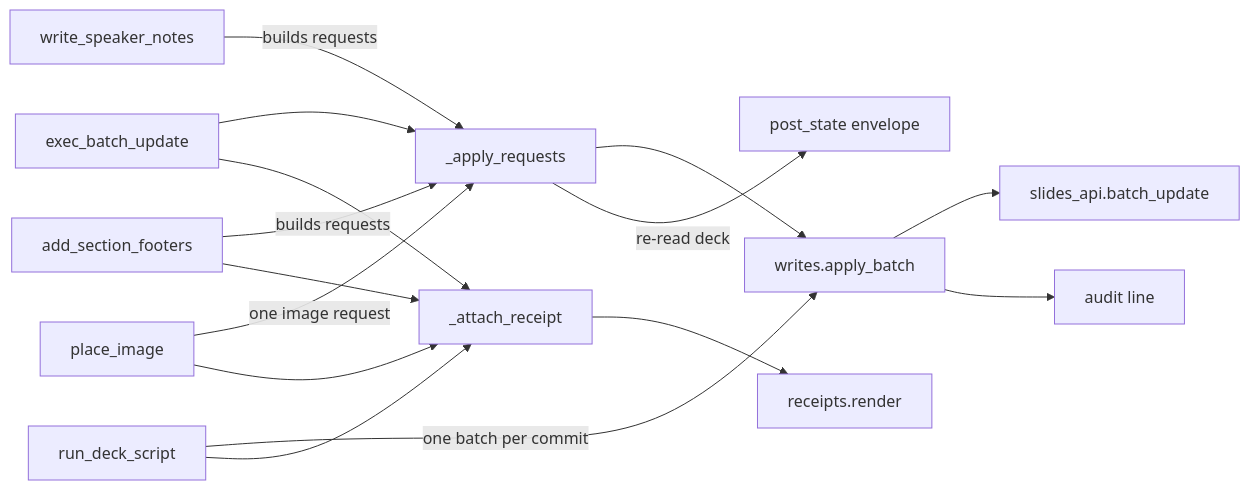
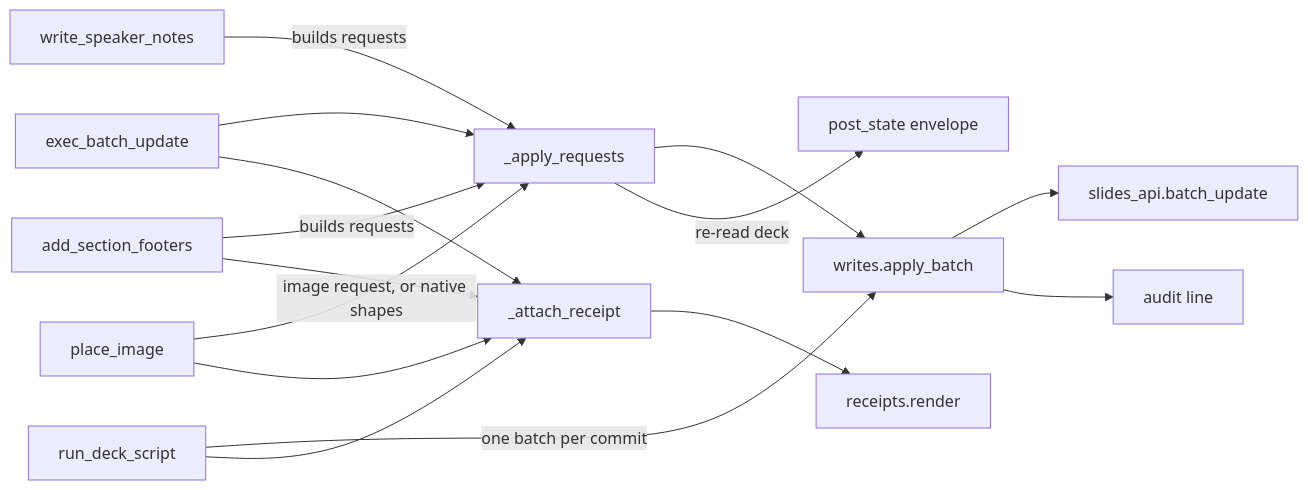
Before and after one commit to luutuankiet/slides-mcp: the diagram in docs/architecture/write-wedge.md, drawn with Mermaid. The commit also changed other lines of this file and 5 other files, not shown here.

Commit message:
docs: editable place_image in the write-wedge page, skill, README and release notes

````diff
--- a/docs/architecture/write-wedge.md
+++ b/docs/architecture/write-wedge.md
@@ -12,17 +12,17 @@
 ```mermaid
 flowchart LR
   ebu[exec_batch_update] --> ar[_apply_requests]
   footers[add_section_footers] -->|builds requests| ar
   notes[write_speaker_notes] -->|builds requests| ar
-  place[place_image] -->|one image request| ar
+  place[place_image] -->|image request, or native shapes| ar
   ar --> apply[writes.apply_batch]
   script[run_deck_script] -->|one batch per commit| apply
   apply --> api[slides_api.batch_update]
   apply --> audit[audit line]
   ar -->|re-read deck| post[post_state envelope]
   ebu --> receipt[_attach_receipt]
   footers --> receipt
   script --> receipt
   place --> receipt
   receipt --> thumbs[receipts.render]
 ```
````
